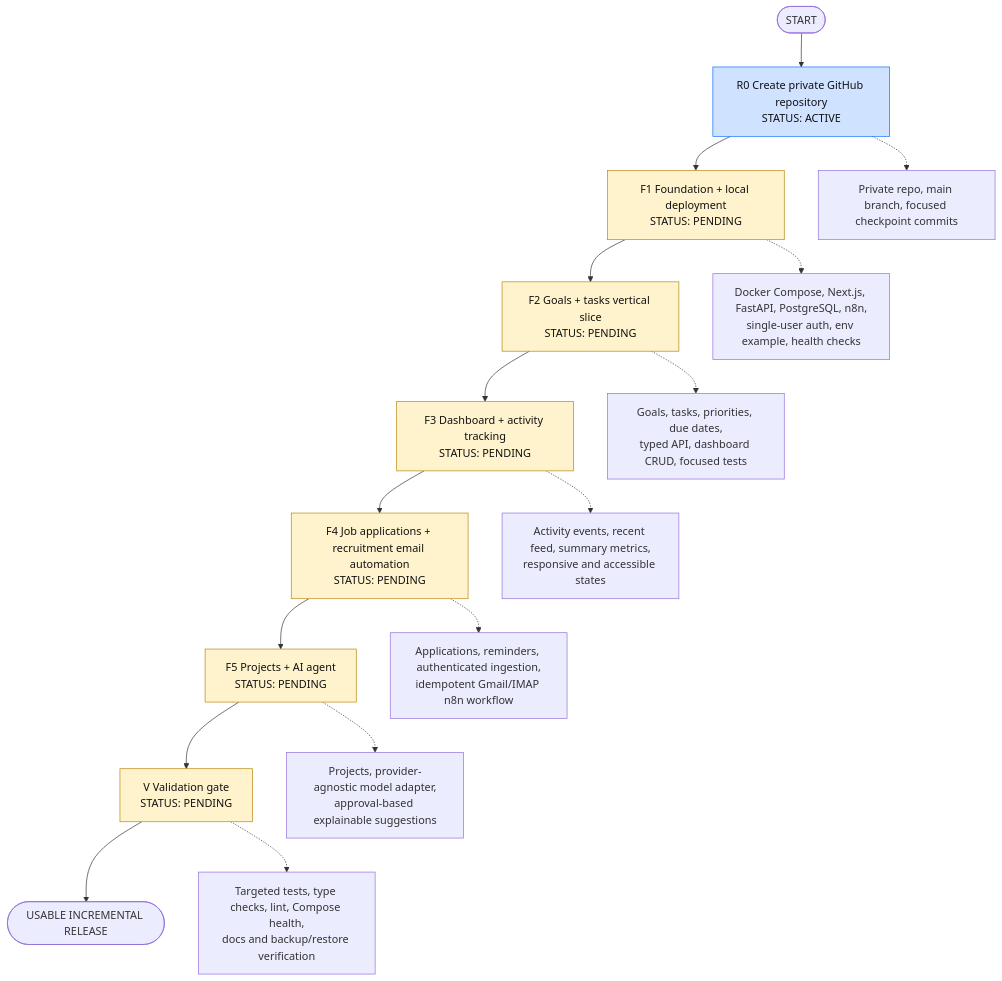
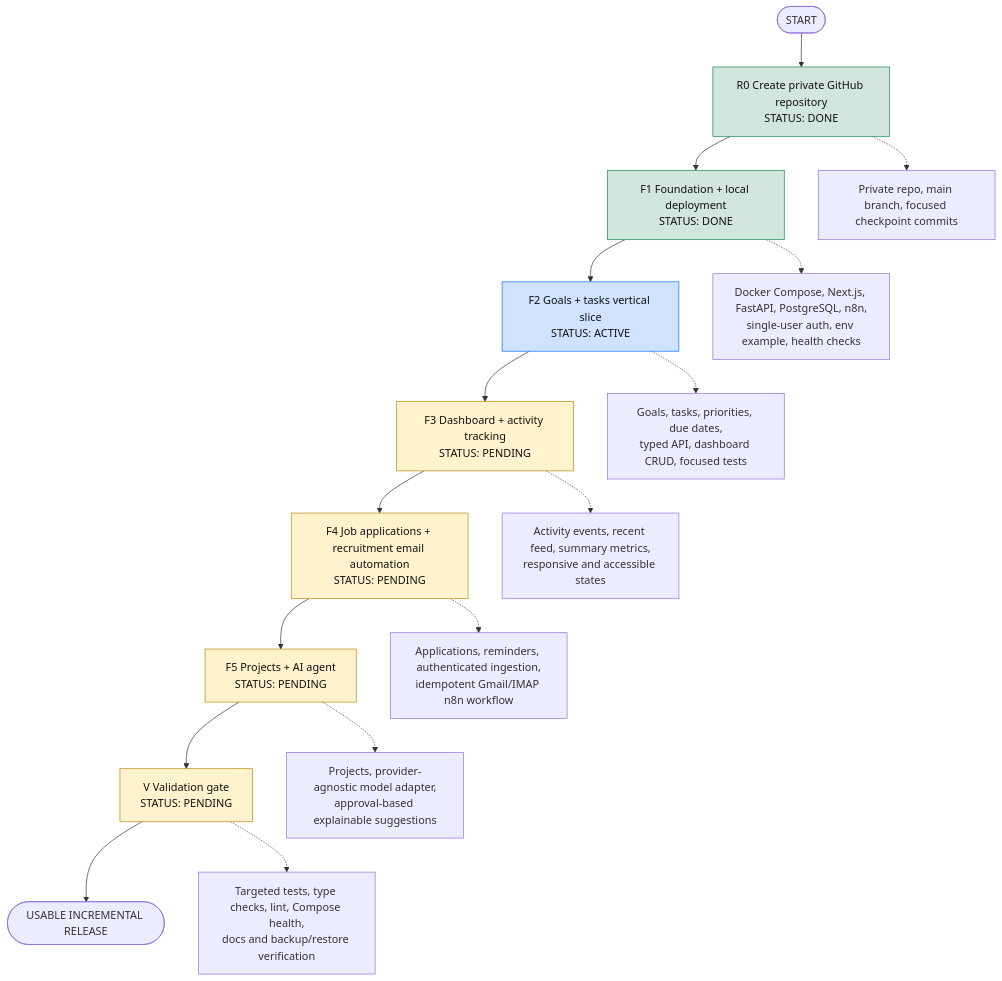
One commit to sonalisrisivani/personal-os changed the diagram in docs/career-os-map.mmd. Above: the diagram before and after it, drawn with Mermaid. The commit also changed 19 other files, not shown here.

```diff
--- a/docs/career-os-map.mmd
+++ b/docs/career-os-map.mmd
@@ -1,30 +1,32 @@
 %% Personal Career OS execution map
 %% Source of truth for execution order and completion status.
 %% Status legend: PENDING, ACTIVE, DONE, BLOCKED.
 %% Before each implementation turn: read this map first.
 %% After each completed block: change its STATUS and update the matching SQL todo.
 
 flowchart TD
-    START([START]) --> R["R0 Create private GitHub repository<br/>STATUS: ACTIVE"]
-    R --> F["F1 Foundation + local deployment<br/>STATUS: PENDING"]
-    F --> G["F2 Goals + tasks vertical slice<br/>STATUS: PENDING"]
+    START([START]) --> R["R0 Create private GitHub repository<br/>STATUS: DONE"]
+    R --> F["F1 Foundation + local deployment<br/>STATUS: DONE"]
+    F --> G["F2 Goals + tasks vertical slice<br/>STATUS: ACTIVE"]
     G --> A["F3 Dashboard + activity tracking<br/>STATUS: PENDING"]
     A --> E["F4 Job applications + recruitment email automation<br/>STATUS: PENDING"]
     E --> I["F5 Projects + AI agent<br/>STATUS: PENDING"]
     I --> V["V Validation gate<br/>STATUS: PENDING"]
     V --> DONE([USABLE INCREMENTAL RELEASE])
 
     F -.-> Fscope["Docker Compose, Next.js, FastAPI, PostgreSQL, n8n,<br/>single-user auth, env example, health checks"]
     R -.-> Rscope["Private repo, main branch, focused checkpoint commits"]
     G -.-> Gscope["Goals, tasks, priorities, due dates,<br/>typed API, dashboard CRUD, focused tests"]
     A -.-> Ascope["Activity events, recent feed, summary metrics,<br/>responsive and accessible states"]
     E -.-> Escope["Applications, reminders, authenticated ingestion,<br/>idempotent Gmail/IMAP n8n workflow"]
     I -.-> Iscope["Projects, provider-agnostic model adapter,<br/>approval-based explainable suggestions"]
     V -.-> Vscope["Targeted tests, type checks, lint, Compose health,<br/>docs and backup/restore verification"]
 
     classDef pending fill:#fff3cd,stroke:#b8860b,color:#111;
     classDef active fill:#cfe2ff,stroke:#0d6efd,color:#111;
     classDef done fill:#d1e7dd,stroke:#198754,color:#111;
     classDef blocked fill:#f8d7da,stroke:#dc3545,color:#111;
-    class F,G,A,E,I,V pending;
-    class R active;
+    class A,E,I,V pending;
+    class G active;
+    class F done;
+    class R done;
```
